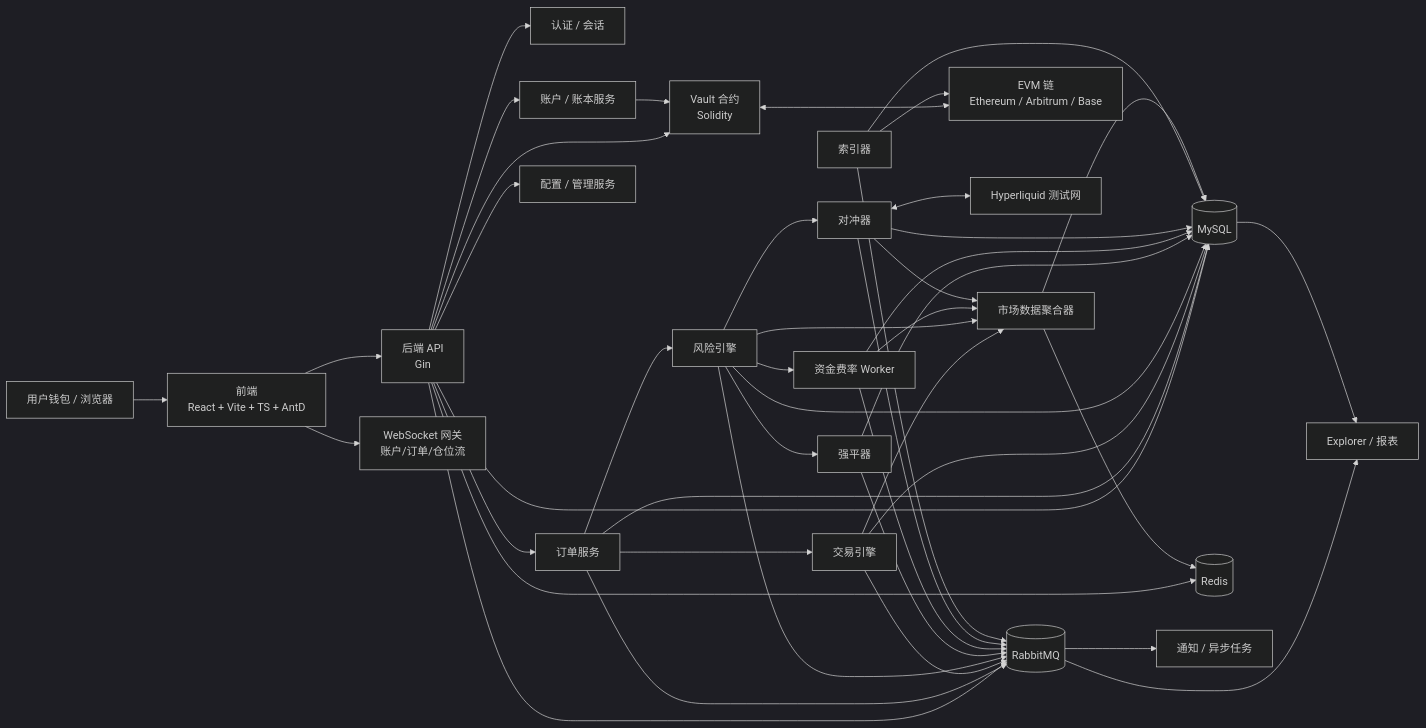
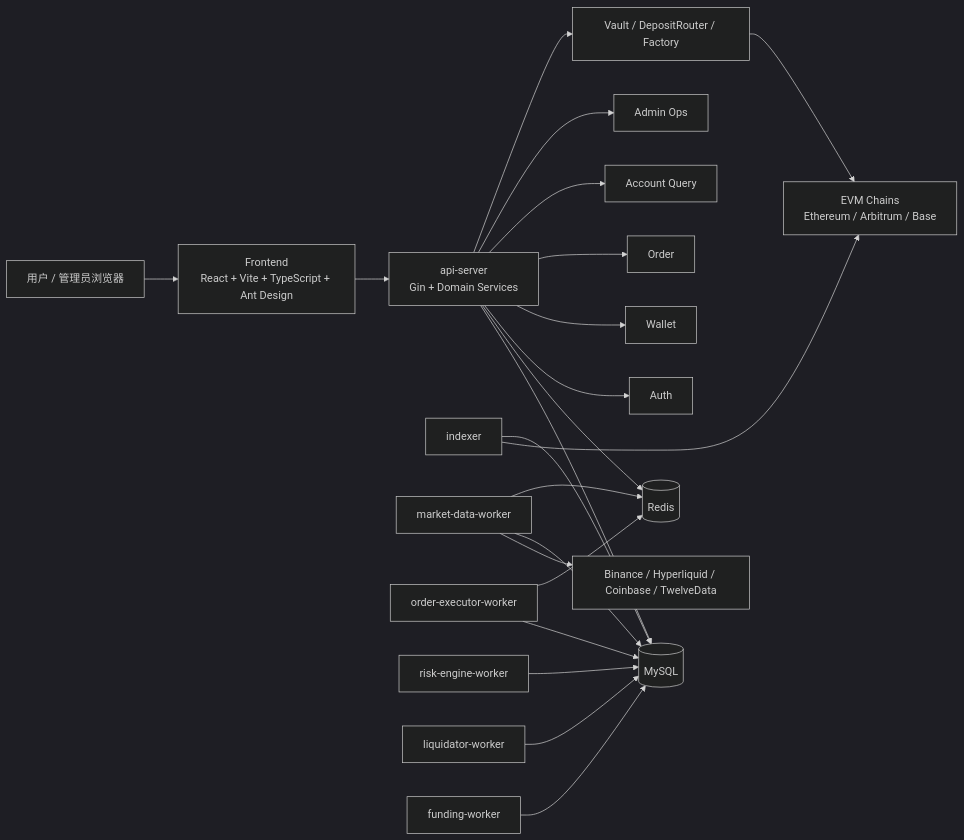
One commit to AboAuther/RGPerpV2 changed the first of 8 diagrams in docs/Architecture Document.md. Above: the diagram before and after it, drawn with Mermaid (dark theme). The commit also changed other lines of this file and 173 other files, not shown here.

````diff
--- a/docs/Architecture Document.md
+++ b/docs/Architecture Document.md
@@ -54,60 +64,35 @@
 ```mermaid
 flowchart LR
-    U["用户钱包 / 浏览器"] --> FE["前端
-React + Vite + TS + AntD"]
+    U["用户 / 管理员浏览器"] --> FE["Frontend
+React + Vite + TypeScript + Ant Design"]
 
-    FE --> API["后端 API
-Gin"]
-    FE --> WS["WebSocket 网关
-账户/订单/仓位流"]
-
-    API --> AUTH["认证 / 会话"]
-    API --> ACCT["账户 / 账本服务"]
-    API --> ORDER["订单服务"]
-    API --> CFG["配置 / 管理服务"]
-
-    ORDER --> TRADE["交易引擎"]
-    ORDER --> RISK["风险引擎"]
-    RISK --> LIQ["强平器"]
-    RISK --> FUND["资金费率 Worker"]
-    RISK --> HEDGE["对冲器"]
+    FE --> API["api-server
+Gin + Domain Services"]
 
     API --> MYSQL[("MySQL")]
     API --> REDIS[("Redis")]
-    ORDER --> MYSQL
-    TRADE --> MYSQL
-    RISK --> MYSQL
-    LIQ --> MYSQL
-    FUND --> MYSQL
-    HEDGE --> MYSQL
 
-    API --> MQ[("RabbitMQ")]
-    ORDER --> MQ
-    TRADE --> MQ
-    RISK --> MQ
-    LIQ --> MQ
-    FUND --> MQ
-    HEDGE --> MQ
+    API --> AUTH["Auth"]
+    API --> WALLET["Wallet"]
+    API --> ORDER["Order"]
+    API --> ACCOUNT["Account Query"]
+    API --> ADMIN["Admin Ops"]
 
-    VAULT["Vault 合约
-Solidity"] <---> CHAIN["EVM 链
+    INDEXER["indexer"] --> CHAIN["EVM Chains
 Ethereum / Arbitrum / Base"]
-    INDEX["索引器"] --> CHAIN
-    INDEX --> MYSQL
-    INDEX --> MQ
+    INDEXER --> MYSQL
 
-    API --> VAULT
-    ACCT --> VAULT
+    MARKET["market-data-worker"] --> SRC["Binance / Hyperliquid / Coinbase / TwelveData"]
+    MARKET --> MYSQL
+    MARKET --> REDIS
 
-    HEDGE <--> HL["Hyperliquid 测试网"]
-    TRADE --> MD["市场数据聚合器"]
-    RISK --> MD
-    FUND --> MD
-    HEDGE --> MD
-    MD --> MYSQL
-    MD --> REDIS
+    EXEC["order-executor-worker"] --> MYSQL
+    EXEC --> REDIS
 
-    MQ --> EXP["Explorer / 报表"]
-    MQ --> NOTI["通知 / 异步任务"]
-    MYSQL --> EXP
+    RISK["risk-engine-worker"] --> MYSQL
+    LIQ["liquidator-worker"] --> MYSQL
+    FUND["funding-worker"] --> MYSQL
+
+    API --> VAULT["Vault / DepositRouter / Factory"]
+    VAULT --> CHAIN
 ```
````
